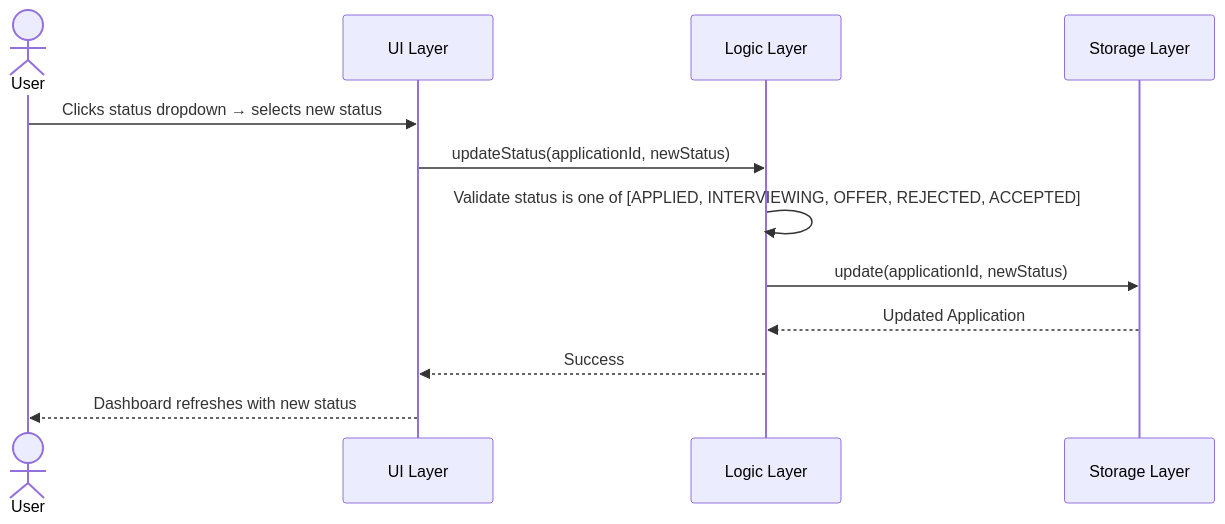
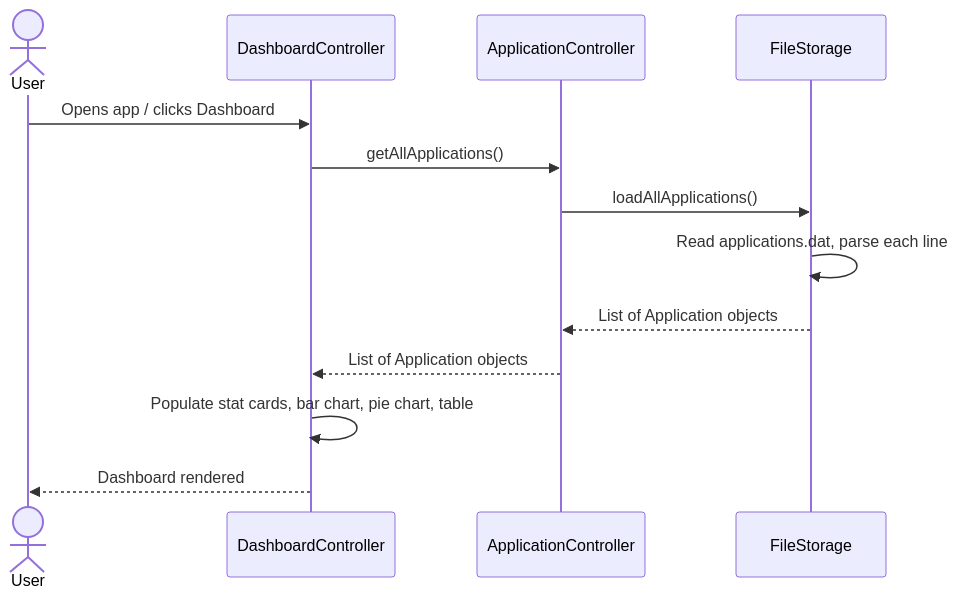
The fourth of 7 diagrams in docs/API_DOCUMENTATION.md (ashjwley03/JobApps-Tracker), drawn with Mermaid before and after one commit. The commit also changed other lines of this file and 19 other files, not shown here.

````diff
--- a/docs/API_DOCUMENTATION.md
+++ b/docs/API_DOCUMENTATION.md
@@ -138,15 +137,16 @@
 ```mermaid
 sequenceDiagram
     actor User
-    participant UI as UI Layer
-    participant Logic as Logic Layer
-    participant Storage as Storage Layer
+    participant UI as DashboardController
+    participant Logic as ApplicationController
+    participant Storage as FileStorage
 
-    User->>UI: Clicks status dropdown → selects new status
-    UI->>Logic: updateStatus(applicationId, newStatus)
-    Logic->>Logic: Validate status is one of [APPLIED, INTERVIEWING, OFFER, REJECTED, ACCEPTED]
-    Logic->>Storage: update(applicationId, newStatus)
-    Storage-->>Logic: Updated Application
-    Logic-->>UI: Success
-    UI-->>User: Dashboard refreshes with new status
+    User->>UI: Opens app / clicks Dashboard
+    UI->>Logic: getAllApplications()
+    Logic->>Storage: loadAllApplications()
+    Storage->>Storage: Read applications.dat, parse each line
+    Storage-->>Logic: List of Application objects
+    Logic-->>UI: List of Application objects
+    UI->>UI: Populate stat cards, bar chart, pie chart, table
+    UI-->>User: Dashboard rendered
 ```
````
